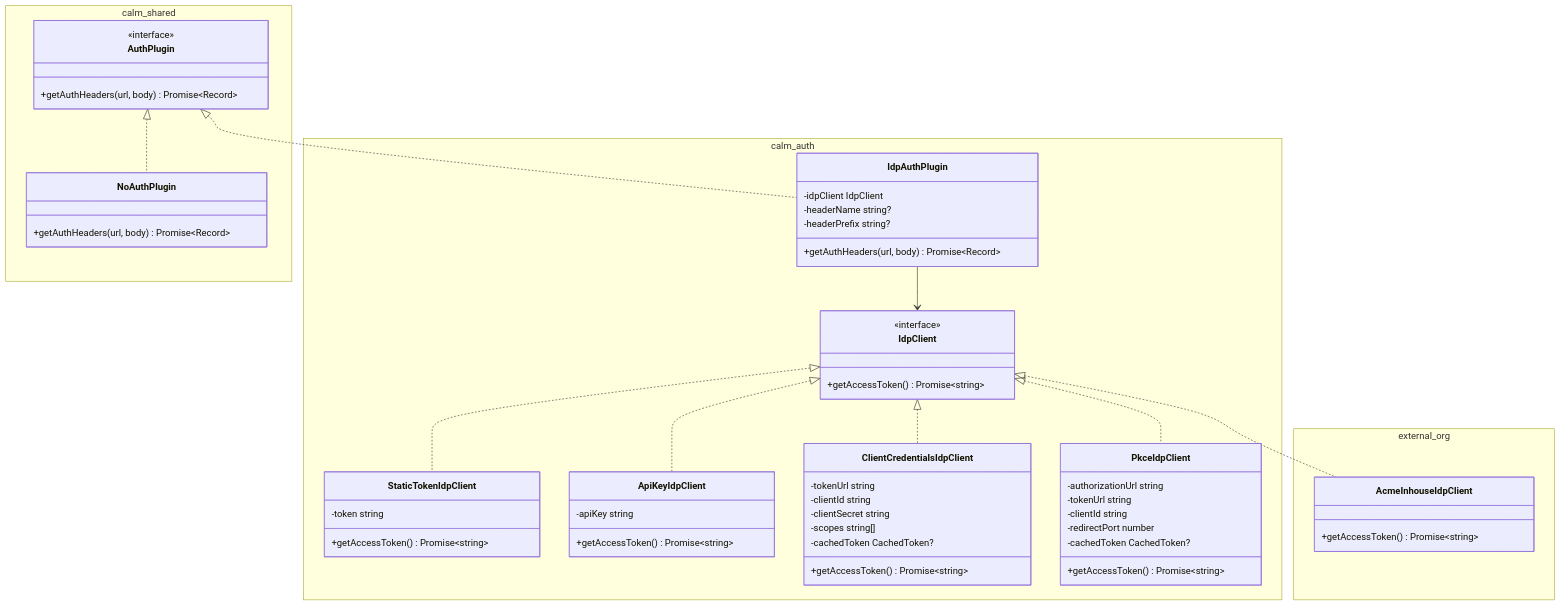
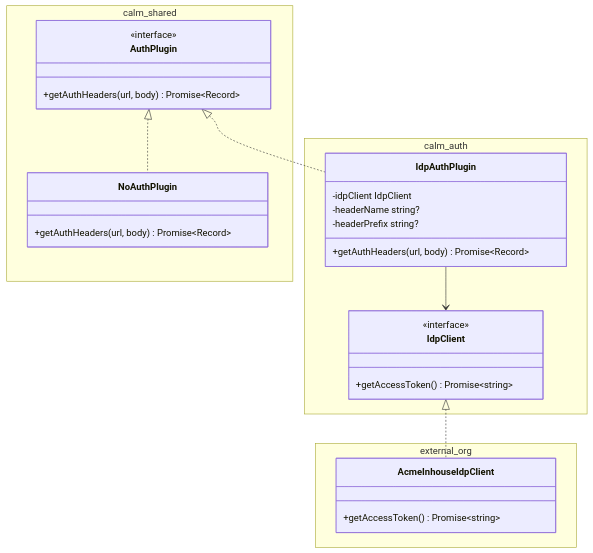
Before and after one commit to jimthompson5802/calm-web-repo: the third of 10 diagrams in docs/general-idp-authplugin-design.md, drawn with Mermaid. The commit also changed other lines of this file, not shown here.

Commit message:
feat: remove unused IdpClient classes and update sequence diagrams for clarity

````diff
--- a/docs/general-idp-authplugin-design.md
+++ b/docs/general-idp-authplugin-design.md
@@ -112,64 +112,36 @@
 ```mermaid
 classDiagram
     namespace calm_shared {
         class AuthPlugin {
             <<interface>>
             +getAuthHeaders(url, body) Promise~Record~
         }
         class NoAuthPlugin {
             +getAuthHeaders(url, body) Promise~Record~
         }
     }
 
     namespace calm_auth {
         class IdpClient {
             <<interface>>
             +getAccessToken() Promise~string~
         }
         class IdpAuthPlugin {
             -idpClient IdpClient
             -headerName string?
             -headerPrefix string?
             +getAuthHeaders(url, body) Promise~Record~
         }
-        class StaticTokenIdpClient {
-            -token string
-            +getAccessToken() Promise~string~
-        }
-        class ApiKeyIdpClient {
-            -apiKey string
-            +getAccessToken() Promise~string~
-        }
-        class ClientCredentialsIdpClient {
-            -tokenUrl string
-            -clientId string
-            -clientSecret string
-            -scopes string[]
-            -cachedToken CachedToken?
-            +getAccessToken() Promise~string~
-        }
-        class PkceIdpClient {
-            -authorizationUrl string
-            -tokenUrl string
-            -clientId string
-            -redirectPort number
-            -cachedToken CachedToken?
-            +getAccessToken() Promise~string~
-        }
     }
 
     namespace external_org {
         class AcmeInhouseIdpClient {
             +getAccessToken() Promise~string~
         }
     }
 
     AuthPlugin <|.. NoAuthPlugin
     AuthPlugin <|.. IdpAuthPlugin
-    IdpClient <|.. StaticTokenIdpClient
-    IdpClient <|.. ApiKeyIdpClient
-    IdpClient <|.. ClientCredentialsIdpClient
-    IdpClient <|.. PkceIdpClient
     IdpClient <|.. AcmeInhouseIdpClient
     IdpAuthPlugin --> IdpClient
 ```
````
